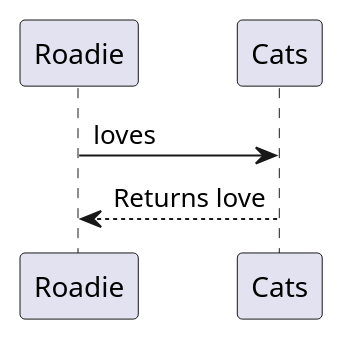
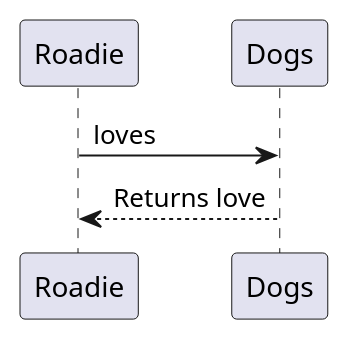
One commit to chan7762/demo-data changed the diagram in examples/techdocs/wayback-search/docs/index.md. Above: the diagram before and after it, drawn with PlantUML. The commit also changed other lines of this file and 2 other files, not shown here.

````diff
--- a/examples/techdocs/wayback-search/docs/index.md
+++ b/examples/techdocs/wayback-search/docs/index.md
@@ -20,4 +20,4 @@
-```plantuml format="png" classes="uml myDiagram" alt="Roadie" title="My super diagram" width="300px" height="300px"
-  Roadie ->  Cats: loves
-  Roadie <-- Cats: Returns love
+```plantuml format="png" classes="uml myDiagram" alt="Roadie" title="Look at this! Built with plantUML" width="300px" height="300px"
+  Roadie ->  Dogs: loves
+  Roadie <-- Dogs: Returns love
 ```
````
